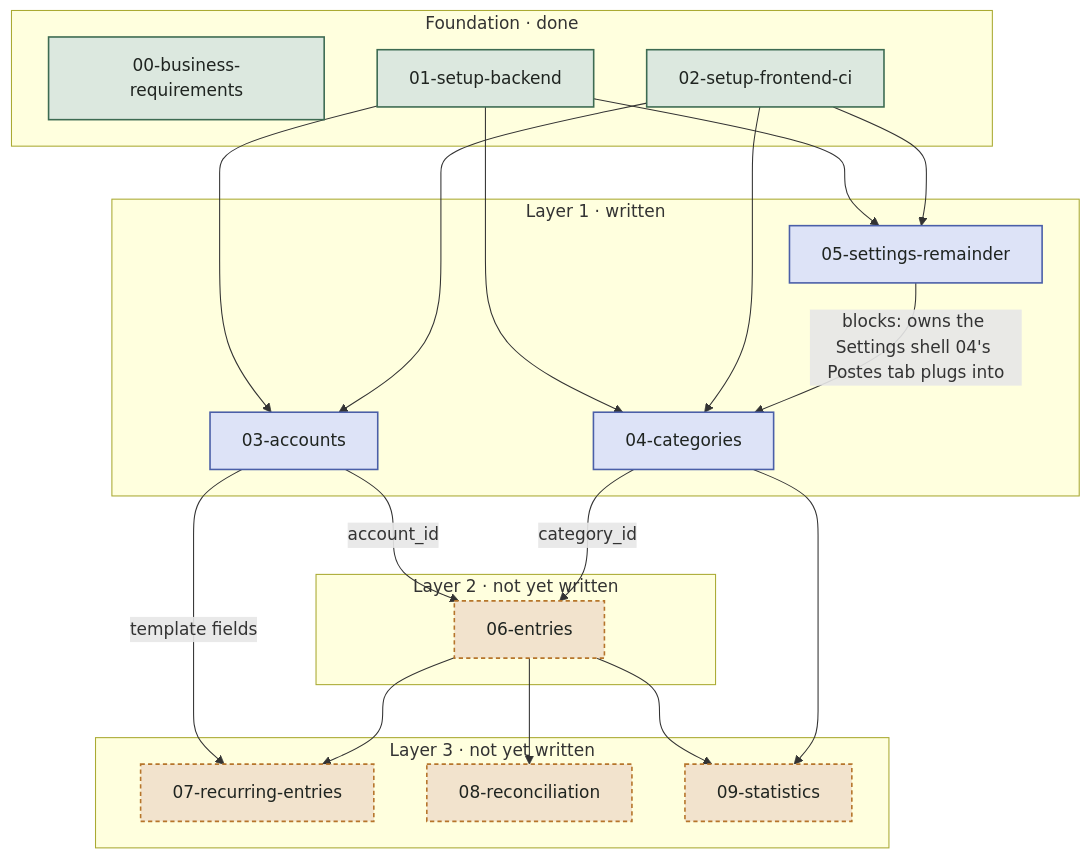
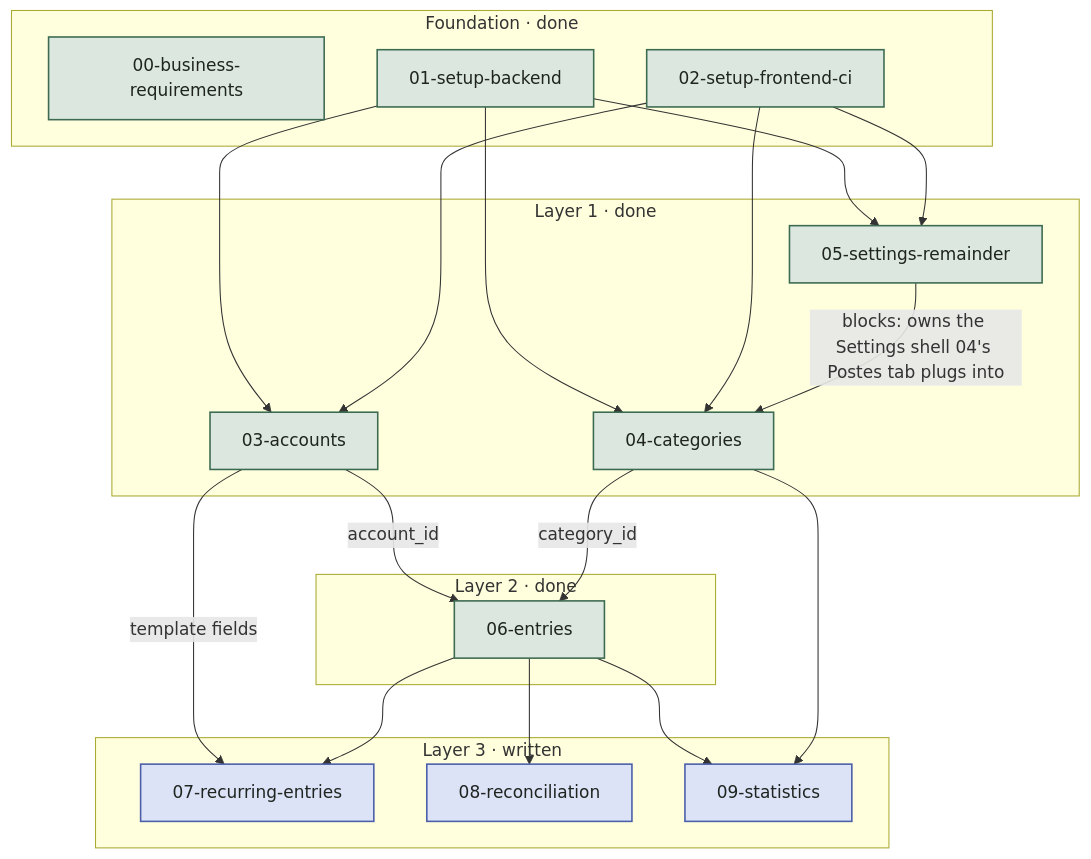
One commit to SebEdena/ma-banque changed the diagram in docs/spec/dependencies.md. Above: the diagram before and after it, drawn with Mermaid. The commit also changed other lines of this file and 15 other files, not shown here.

````diff
--- a/docs/spec/dependencies.md
+++ b/docs/spec/dependencies.md
@@ -5,48 +5,47 @@
 ```mermaid
 graph TD
     subgraph foundation["Foundation · done"]
         s00["00-business-requirements"]
         s01["01-setup-backend"]
         s02["02-setup-frontend-ci"]
     end
 
-    subgraph layer1["Layer 1 · written"]
+    subgraph layer1["Layer 1 · done"]
         s03["03-accounts"]
         s05["05-settings-remainder"]
         s04["04-categories"]
     end
 
-    subgraph layer2["Layer 2 · not yet written"]
+    subgraph layer2["Layer 2 · done"]
         s06["06-entries"]
     end
 
-    subgraph layer3["Layer 3 · not yet written"]
+    subgraph layer3["Layer 3 · written"]
         s07["07-recurring-entries"]
         s08["08-reconciliation"]
         s09["09-statistics"]
     end
 
     s01 --> s03
     s02 --> s03
     s01 --> s05
     s02 --> s05
     s01 --> s04
     s02 --> s04
     s05 -->|"blocks: owns the Settings shell 04's Postes tab plugs into"| s04
 
     s03 -->|account_id| s06
     s04 -->|category_id| s06
 
     s03 -->|template fields| s07
     s06 --> s07
     s06 --> s08
     s06 --> s09
     s04 --> s09
 
     classDef done fill:#dce8df,stroke:#3d6b52,stroke-width:1.5px,color:#1f2420;
     classDef written fill:#dde3f7,stroke:#4a5fa8,stroke-width:1.5px,color:#1f2420;
     classDef todo fill:#f2e3cd,stroke:#b6752b,stroke-width:1.5px,stroke-dasharray:4 3,color:#1f2420;
-    class s00,s01,s02 done;
-    class s03,s04,s05 written;
-    class s06,s07,s08,s09 todo;
+    class s00,s01,s02,s03,s04,s05,s06 done;
+    class s07,s08,s09 written;
 ```
````
